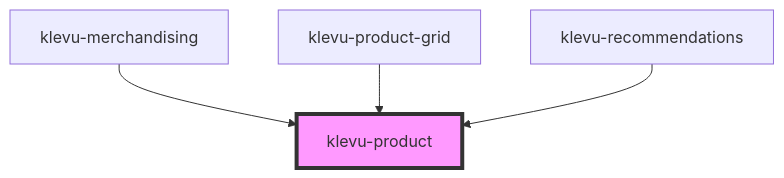
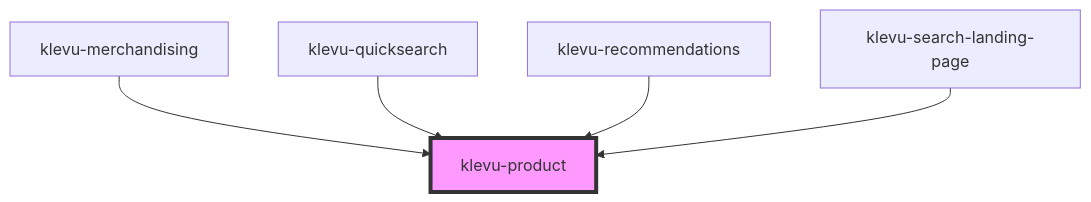
The diagram in packages/klevu-ui/src/components/klevu-product/readme.md (klevultd/frontend-sdk), drawn with Mermaid before and after one commit. The commit also changed other lines of this file and 20 other files, not shown here.

````diff
--- a/packages/klevu-ui/src/components/klevu-product/readme.md
+++ b/packages/klevu-ui/src/components/klevu-product/readme.md
@@ -46,7 +47,8 @@
 ```mermaid
 graph TD;
   klevu-merchandising --> klevu-product
-  klevu-product-grid --> klevu-product
+  klevu-quicksearch --> klevu-product
   klevu-recommendations --> klevu-product
+  klevu-search-landing-page --> klevu-product
   style klevu-product fill:#f9f,stroke:#333,stroke-width:4px
 ```
````
